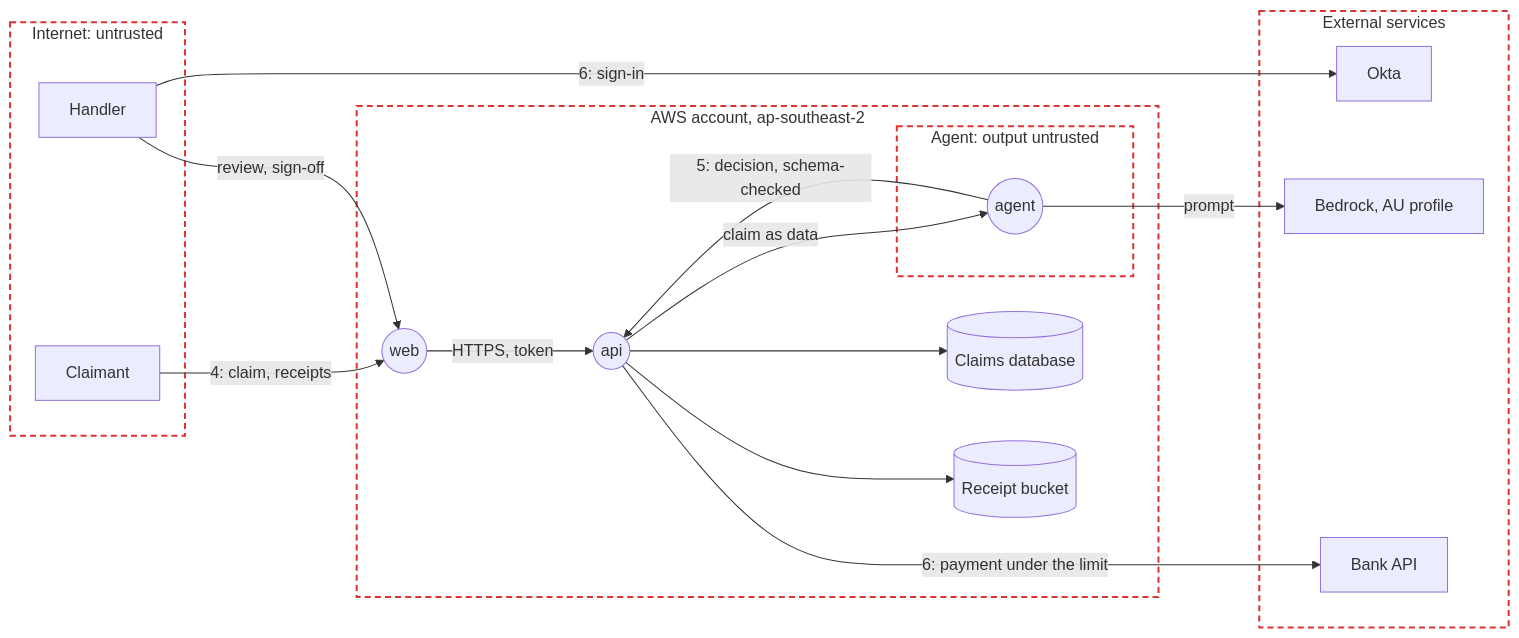
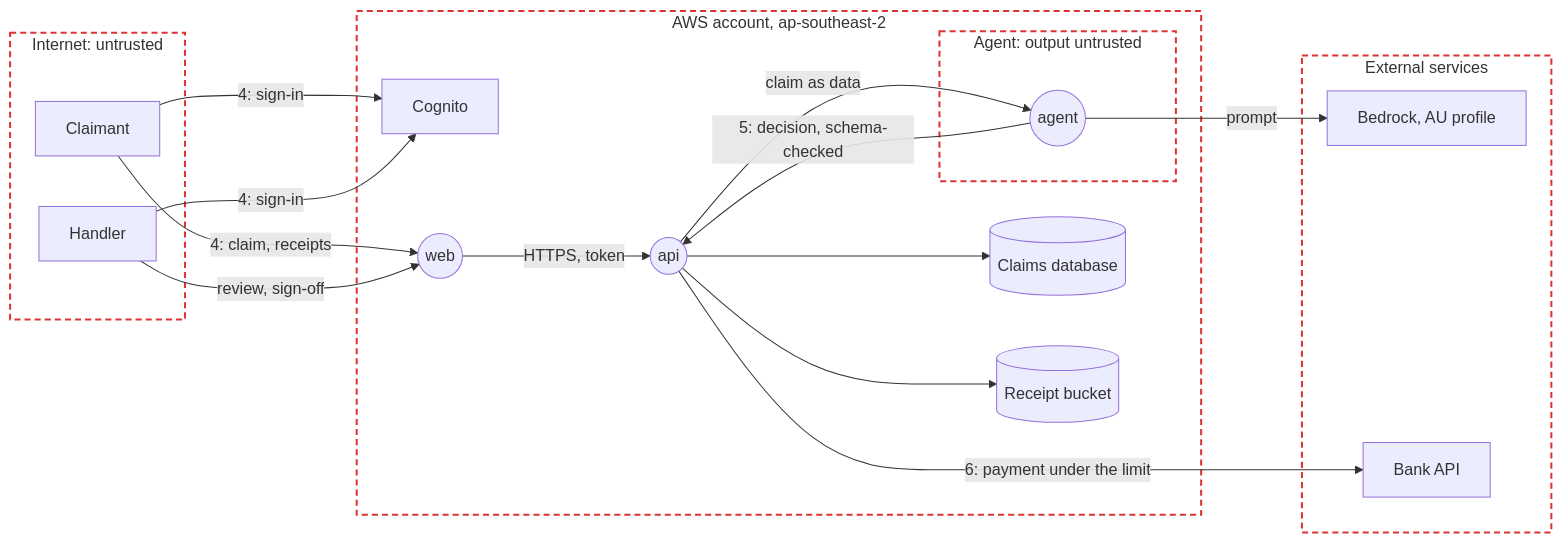
One commit to euginevd/sdlc-template changed the diagram in docs/threat-model.md. Above: the diagram before and after it, drawn with Mermaid. The commit also changed other lines of this file and 1 other file, not shown here.

Commit message:
Sign in with Amazon Cognito

````diff
--- a/docs/threat-model.md
+++ b/docs/threat-model.md
@@ -7,33 +7,34 @@
 ```mermaid
 flowchart LR
   subgraph internet ["Internet: untrusted"]
     claimant[Claimant]
     handler[Handler]
   end
   subgraph aws ["AWS account, ap-southeast-2"]
+    cognito[Cognito]
     web((web))
     api((api))
     db[(Claims database)]
     bucket[(Receipt bucket)]
     subgraph agentzone ["Agent: output untrusted"]
       agent((agent))
     end
   end
   subgraph third ["External services"]
-    okta[Okta]
     bedrock[Bedrock, AU profile]
     bank[Bank API]
   end
   claimant -- "4: claim, receipts" --> web
-  handler -- "6: sign-in" --> okta
+  claimant -- "4: sign-in" --> cognito
+  handler -- "4: sign-in" --> cognito
   handler -- "review, sign-off" --> web
   web -- "HTTPS, token" --> api
   api --> db
   api --> bucket
   api -- "claim as data" --> agent
   agent -- prompt --> bedrock
   agent -- "5: decision, schema-checked" --> api
   api -- "6: payment under the limit" --> bank
   classDef boundary fill:none,stroke:#d33,stroke-width:2px,stroke-dasharray:6 4
   class internet,aws,agentzone,third boundary
 ```
````
